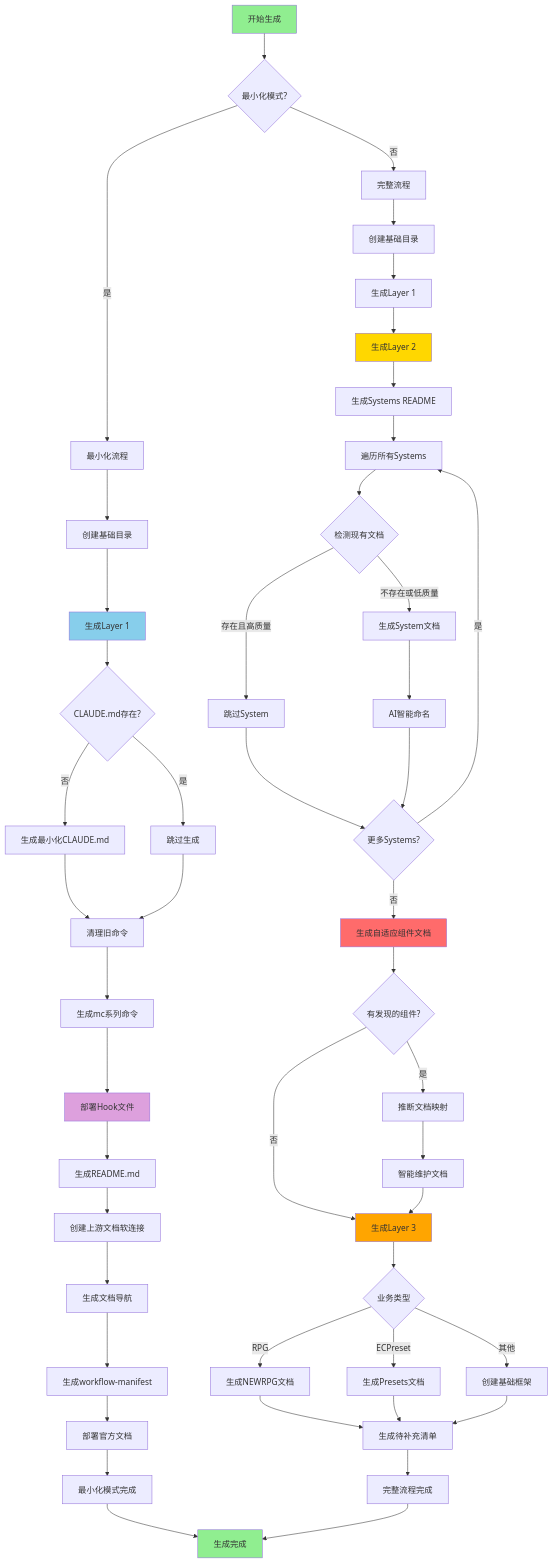
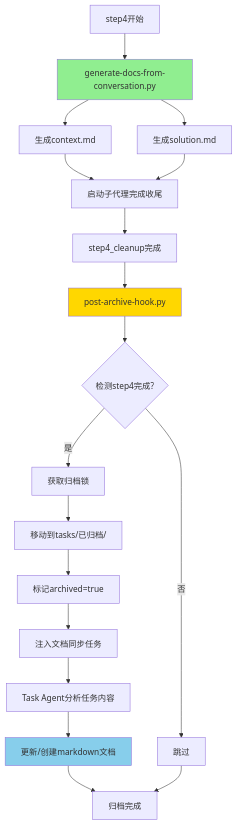
One commit to jju666/NeteaseMod-Claude changed the third of 4 diagrams in docs/developer/文档生成器.md. Above: the diagram before and after it, drawn with Mermaid. The commit also changed other lines of this file and 23 other files, not shown here.

````diff
--- a/docs/developer/文档生成器.md
+++ b/docs/developer/文档生成器.md
@@ -438,74 +343,30 @@
 ```mermaid
 graph TB
-    Start[开始生成] --> CheckMode{最小化模式?}
+    Start[step4开始] --> Gen[generate-docs-from-conversation.py]
+    Gen --> GenContext[生成context.md]
+    Gen --> GenSolution[生成solution.md]
 
-    CheckMode -->|是| MinimalFlow[最小化流程]
-    CheckMode -->|否| FullFlow[完整流程]
+    GenContext --> Subagent[启动子代理完成收尾]
+    GenSolution --> Subagent
 
-    MinimalFlow --> CreateDirs[创建基础目录]
-    CreateDirs --> Layer1[生成Layer 1]
+    Subagent --> Complete[step4_cleanup完成]
+    Complete --> Archive[post-archive-hook.py]
 
-    Layer1 --> CheckCLAUDE{CLAUDE.md存在?}
-    CheckCLAUDE -->|否| GenMinimal[生成最小化CLAUDE.md]
-    CheckCLAUDE -->|是| SkipCLAUDE[跳过生成]
+    Archive --> Check{检测step4完成?}
+    Check -->|是| Lock[获取归档锁]
+    Check -->|否| Skip[跳过]
 
-    GenMinimal --> CleanOld[清理旧命令]
-    SkipCLAUDE --> CleanOld
+    Lock --> Move[移动到tasks/已归档/]
+    Move --> Mark[标记archived=true]
+    Mark --> Inject[注入文档同步任务]
 
-    CleanOld --> GenCommands[生成mc系列命令]
-    GenCommands --> DeployHooks[部署Hook文件]
-    DeployHooks --> GenREADME[生成README.md]
-    GenREADME --> CreateSymlinks[创建上游文档软连接]
-    CreateSymlinks --> GenNavigation[生成文档导航]
-    GenNavigation --> GenManifest[生成workflow-manifest]
+    Inject --> Agent[Task Agent分析任务内容]
+    Agent --> Update[更新/创建markdown文档]
 
-    GenManifest --> DeployOfficial[部署官方文档]
-    DeployOfficial --> MinimalEnd[最小化模式完成]
+    Update --> End[归档完成]
+    Skip --> End
 
-    FullFlow --> CreateDirs2[创建基础目录]
-    CreateDirs2 --> Layer1Full[生成Layer 1]
-    Layer1Full --> Layer2[生成Layer 2]
-
-    Layer2 --> GenSystemsREADME[生成Systems README]
-    GenSystemsREADME --> LoopSystems[遍历所有Systems]
-
-    LoopSystems --> DetectExisting{检测现有文档}
-    DetectExisting -->|存在且高质量| SkipSystem[跳过System]
-    DetectExisting -->|不存在或低质量| GenSystem[生成System文档]
-
-    SkipSystem --> NextSystem{更多Systems?}
-    GenSystem --> AIName[AI智能命名]
-    AIName --> NextSystem
-
-    NextSystem -->|是| LoopSystems
-    NextSystem -->|否| AdaptiveDocs[生成自适应组件文档]
-
-    AdaptiveDocs --> CheckDiscovered{有发现的组件?}
-    CheckDiscovered -->|是| InferMapping[推断文档映射]
-    CheckDiscovered -->|否| Layer3
-
-    InferMapping --> MaintainDocs[智能维护文档]
-    MaintainDocs --> Layer3[生成Layer 3]
-
-    Layer3 --> CheckBusiness{业务类型}
-    CheckBusiness -->|RPG| GenRPG[生成NEWRPG文档]
-    CheckBusiness -->|ECPreset| GenPresets[生成Presets文档]
-    CheckBusiness -->|其他| GenGeneric[创建基础框架]
-
-    GenRPG --> GenTodo[生成待补充清单]
-    GenPresets --> GenTodo
-    GenGeneric --> GenTodo
-
-    GenTodo --> FullEnd[完整流程完成]
-
-    MinimalEnd --> End[生成完成]
-    FullEnd --> End
-
-    style Start fill:#90EE90
-    style End fill:#90EE90
-    style Layer1 fill:#87CEEB
-    style Layer2 fill:#FFD700
-    style Layer3 fill:#FFA500
-    style AdaptiveDocs fill:#FF6B6B
-    style DeployHooks fill:#DDA0DD
+    style Gen fill:#90EE90
+    style Archive fill:#FFD700
+    style Update fill:#87CEEB
 ```
````
